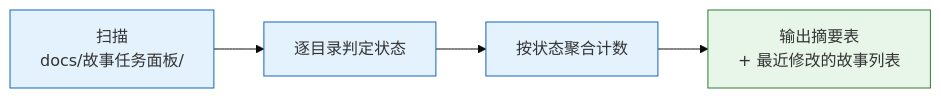
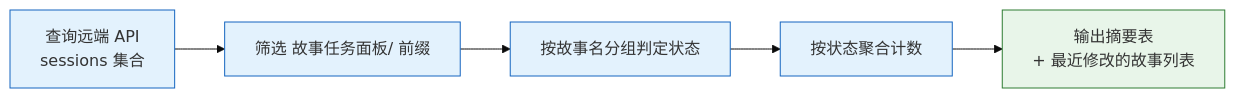
Before and after one commit to effiy/YrY: the fifth of 11 diagrams in skills/rui-story/SKILL.md, drawn with Mermaid (base theme). The commit also changed other lines of this file and 14 other files, not shown here.

````diff
--- a/skills/rui-story/SKILL.md
+++ b/skills/rui-story/SKILL.md
@@ -101,9 +140,10 @@
 ```mermaid
 flowchart LR
-    A["扫描<br/>docs/故事任务面板/"]:::op --> B["逐目录判定状态"]:::op
-    B --> C["按状态聚合计数"]:::op
-    C --> D["输出摘要表<br/>+ 最近修改的故事列表"]:::out
+    A["查询远端 API<br/>sessions 集合"]:::op --> B["筛选 故事任务面板/ 前缀"]:::op
+    B --> C["按故事名分组判定状态"]:::op
+    C --> D["按状态聚合计数"]:::op
+    D --> E["输出摘要表<br/>+ 最近修改的故事列表"]:::out
 
     classDef op fill:#e3f2fd,stroke:#1565c0;
     classDef out fill:#e8f5e9,stroke:#2e7d32;
 ```
````
